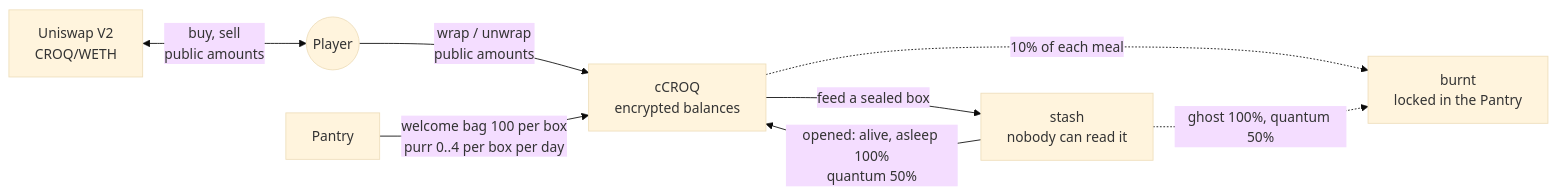
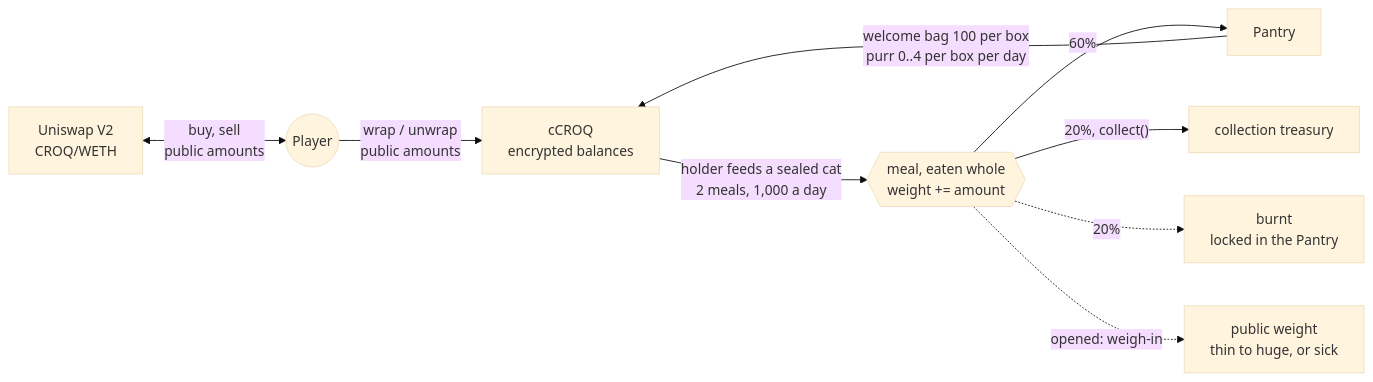
Before and after one commit to jecombe/do_not_open: the third of 3 diagrams in README.md, drawn with Mermaid (base theme). The commit also changed other lines of this file and 52 other files, not shown here.

````diff
--- a/README.md
+++ b/README.md
@@ -102,10 +105,11 @@
 ```mermaid
 flowchart LR
   pool["Uniswap V2<br/>CROQ/WETH"] <-- "buy, sell<br/>public amounts" --> player(("Player"))
   player -- "wrap / unwrap<br/>public amounts" --> ccroq["cCROQ<br/>encrypted balances"]
   pantry["Pantry"] -- "welcome bag 100 per box<br/>purr 0..4 per box per day" --> ccroq
-  ccroq -- "feed a sealed box" --> stash["stash<br/>nobody can read it"]
-  ccroq -. "10% of each meal" .-> burnt["burnt<br/>locked in the Pantry"]
-  stash -- "opened: alive, asleep 100%<br/>quantum 50%" --> ccroq
-  stash -. "ghost 100%, quantum 50%" .-> burnt
+  ccroq -- "holder feeds a sealed cat<br/>2 meals, 1,000 a day" --> meal{{"meal, eaten whole<br/>weight += amount"}}
+  meal -- "60%" --> pantry
+  meal -- "20%, collect()" --> treasury["collection treasury"]
+  meal -. "20%" .-> burnt["burnt<br/>locked in the Pantry"]
+  meal -. "opened: weigh-in" .-> build["public weight<br/>thin to huge, or sick"]
 ```
````
